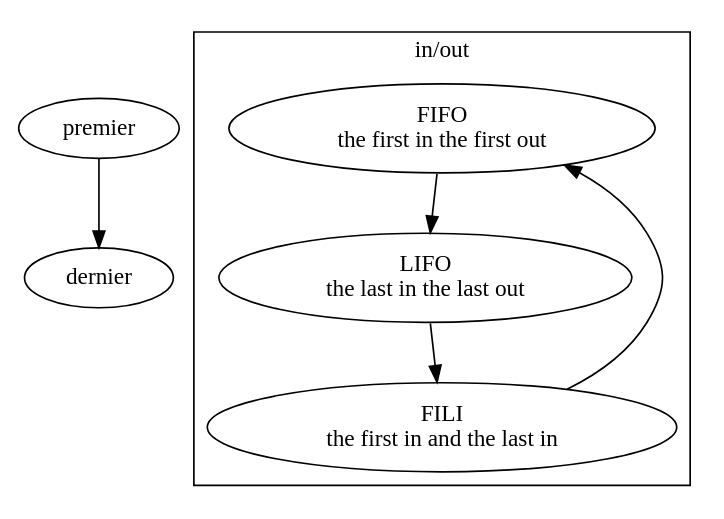
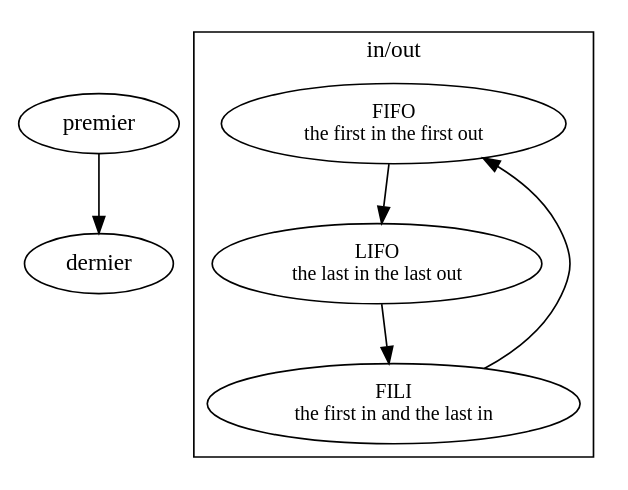
Before and after one commit to ensad-nancy/first-last: the diagram in sujet.dot, drawn with Graphviz.

Commit message:
+	fontname="myriadpro" +	fontsize = 14 + +	node [fontname="myriadpro", fontsize = 12] +	edge [fontname="monaco", fontsize = 10] +

```diff
--- a/sujet.dot
+++ b/sujet.dot
@@ -1,17 +1,22 @@
 digraph {
 
 	premier -> dernier
-
+	fontname="myriadpro"
+	fontsize = 14
+	
+	node [fontname="myriadpro", fontsize = 12]
+	edge [fontname="monaco", fontsize = 10]
+	
 
 	subgraph cluster_FO{
 	
 		label="in/out"
 		
 		FIFO [label="FIFO\nthe first in the first out"]
 		LIFO [label="LIFO\nthe last in the last out"]
 		FILI [label="FILI\nthe first in and the last in"]
 
 		FILI -> FIFO -> LIFO -> FILI
 	}
 	
 }
```
